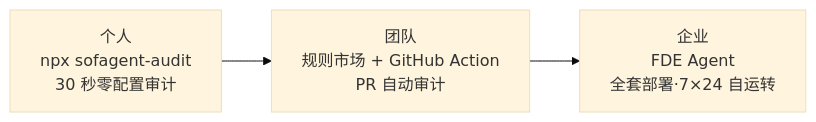
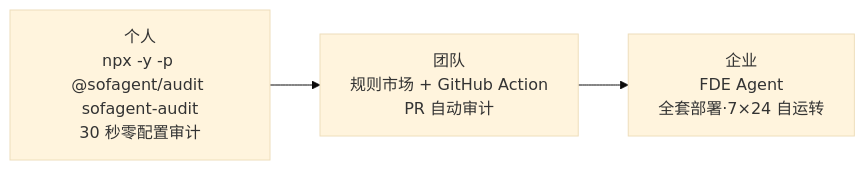
One commit to KongFangXun/sofagent changed the second of 2 diagrams in README.md. Above: the diagram before and after it, drawn with Mermaid (base theme). The commit also changed other lines of this file and 31 other files, not shown here.

````diff
--- a/README.md
+++ b/README.md
@@ -109,5 +113,5 @@
 ```mermaid
 graph LR
-    A["个人<br/>npx sofagent-audit<br/>30 秒零配置审计"] --> B["团队<br/>规则市场 + GitHub Action<br/>PR 自动审计"]
+    A["个人<br/>npx -y -p @sofagent/audit sofagent-audit<br/>30 秒零配置审计"] --> B["团队<br/>规则市场 + GitHub Action<br/>PR 自动审计"]
     B --> C["企业<br/>FDE Agent<br/>全套部署·7×24 自运转"]
 ```
````
